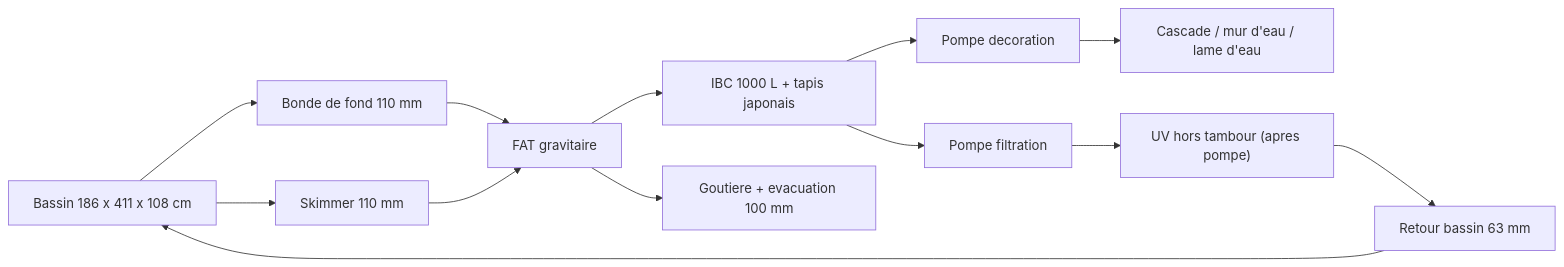
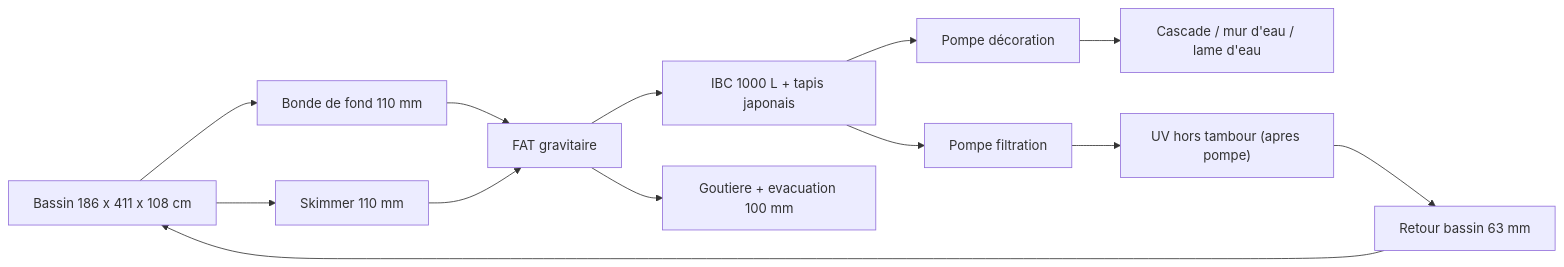
One commit to elbuey76/DrumFilterController changed the first of 2 diagrams in docs/architecture/02-architecture-materielle.md. Above: the diagram before and after it, drawn with Mermaid. The commit also changed other lines of this file and 23 other files, not shown here.

````diff
--- a/docs/architecture/02-architecture-materielle.md
+++ b/docs/architecture/02-architecture-materielle.md
@@ -49,20 +49,20 @@
 ```mermaid
 flowchart LR
     Bassin["Bassin 186 x 411 x 108 cm"]
     BF["Bonde de fond 110 mm"]
     SK["Skimmer 110 mm"]
     FAT["FAT gravitaire"]
     IBC["IBC 1000 L + tapis japonais"]
     PF["Pompe filtration"]
     Retour["Retour bassin 63 mm"]
-    PD["Pompe decoration"]
+    PD["Pompe décoration"]
     Deco["Cascade / mur d'eau / lame d'eau"]
     UV["UV hors tambour (apres pompe)"]
     Waste["Goutiere + evacuation 100 mm"]
 
     Bassin --> BF --> FAT
     Bassin --> SK --> FAT
     FAT --> IBC --> PF --> UV --> Retour --> Bassin
     IBC --> PD --> Deco
     FAT --> Waste
 ```
````
